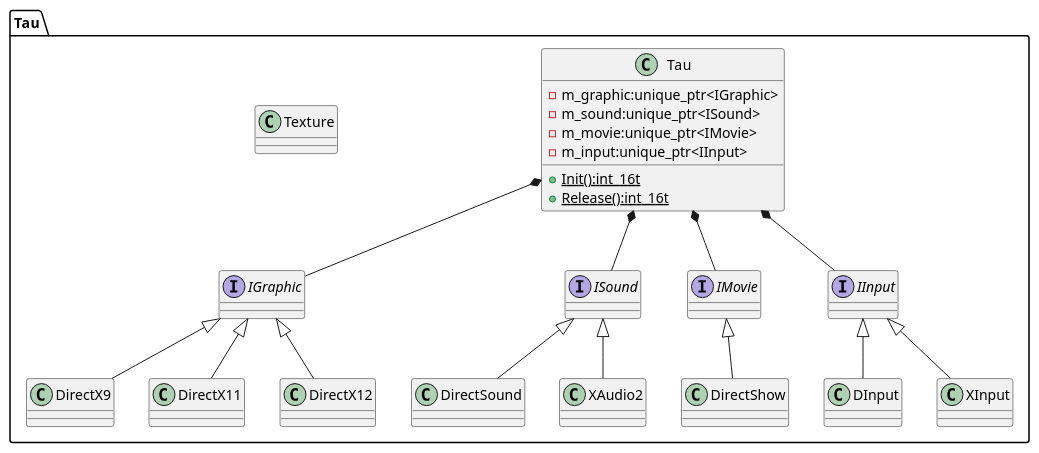
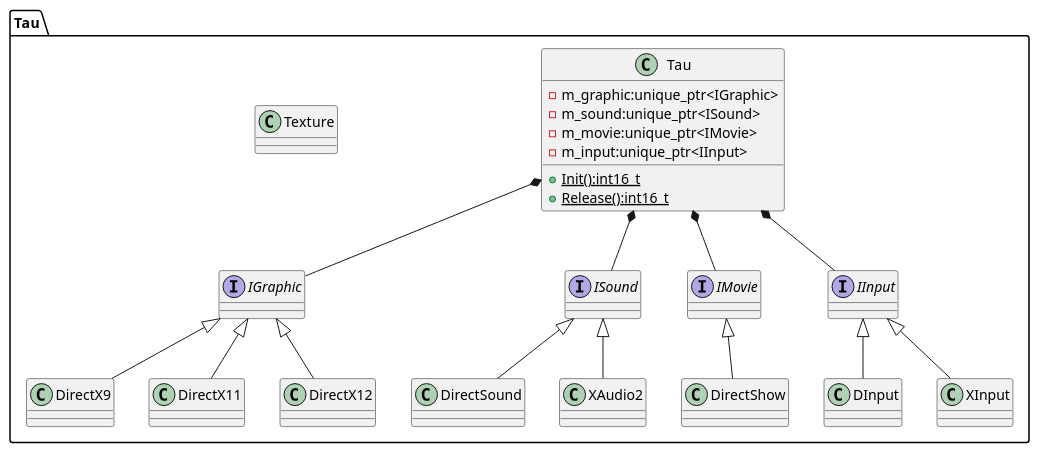
The diagram in UML/Core/Tau.pu (KazumaOhura/Tau), drawn with PlantUML before and after one commit. The commit also changed 3 other files, not shown here.

```diff
--- a/UML/Core/Tau.pu
+++ b/UML/Core/Tau.pu
@@ -1,45 +1,45 @@
 @startuml Tau
 
 set namespaceSeparator ::
 
 namespace Tau{
   class Tau{
     -m_graphic:unique_ptr<IGraphic>
     -m_sound:unique_ptr<ISound>
     -m_movie:unique_ptr<IMovie>
     -m_input:unique_ptr<IInput>
 
-    {static} +Init():int_16t
-    {static} +Release():int_16t
+    {static} +Init():int16_t
+    {static} +Release():int16_t
   }
   
   interface IGraphic
   interface ISound
   interface IMovie
   interface IInput
 
   class DirectX9
   class DirectX11
   class DirectX12
   class DirectSound
   class XAudio2
   class DirectShow
   class Texture
   class DInput
   class XInput
 }
 
 Tau::IInput <|-- Tau::DInput
 Tau::IInput <|-- Tau::XInput
 Tau::IGraphic <|-- Tau::DirectX9
 Tau::IGraphic <|-- Tau::DirectX11
 Tau::IGraphic <|-- Tau::DirectX12
 Tau::ISound <|-- Tau::XAudio2
 Tau::ISound <|-- Tau::DirectSound
 Tau::IMovie <|-- Tau::DirectShow
 Tau::Tau *-- Tau::IGraphic
 Tau::Tau *-- Tau::ISound
 Tau::Tau *-- Tau::IMovie
 Tau::Tau *-- Tau::IInput
 
 @enduml
```
